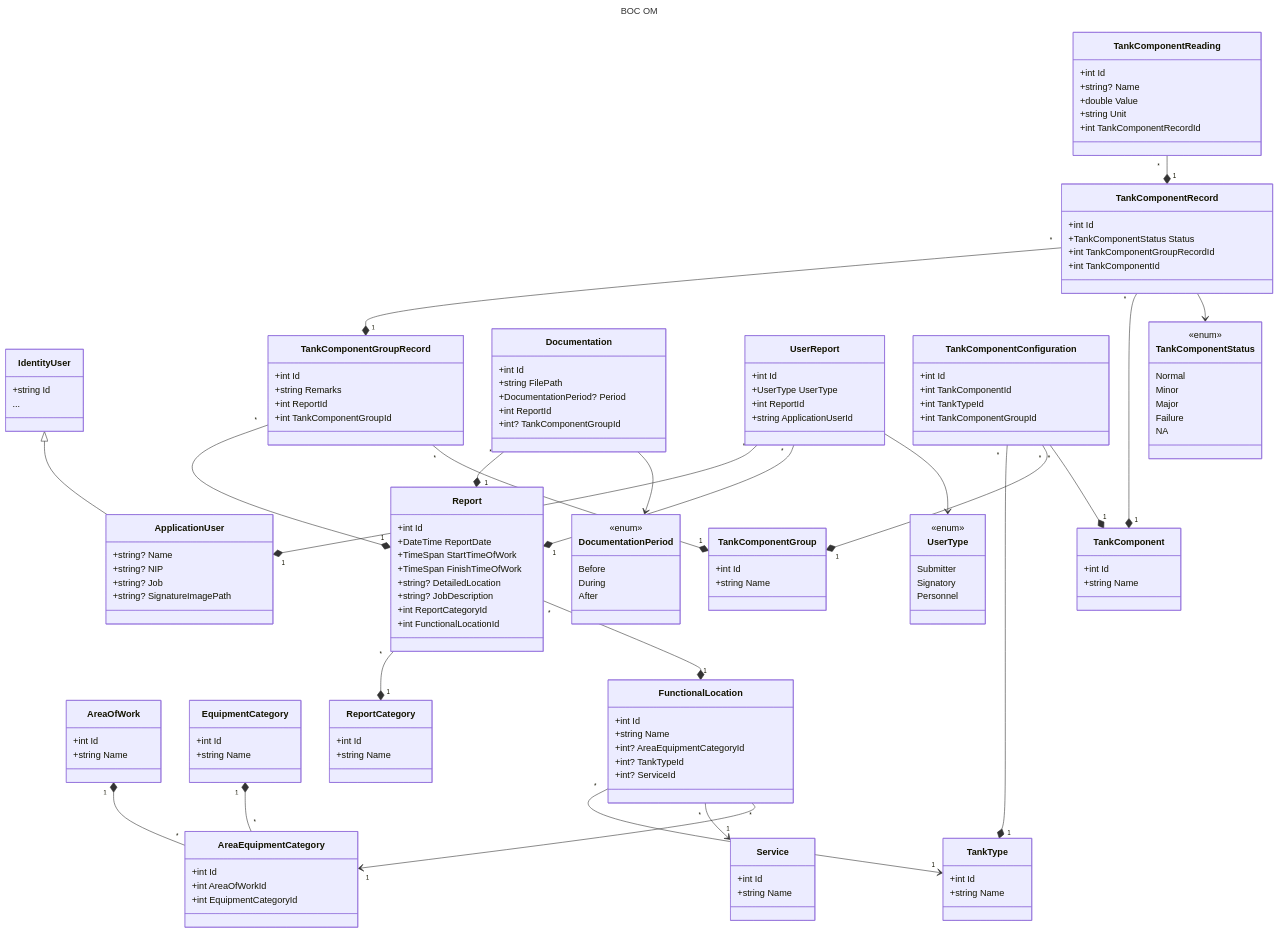
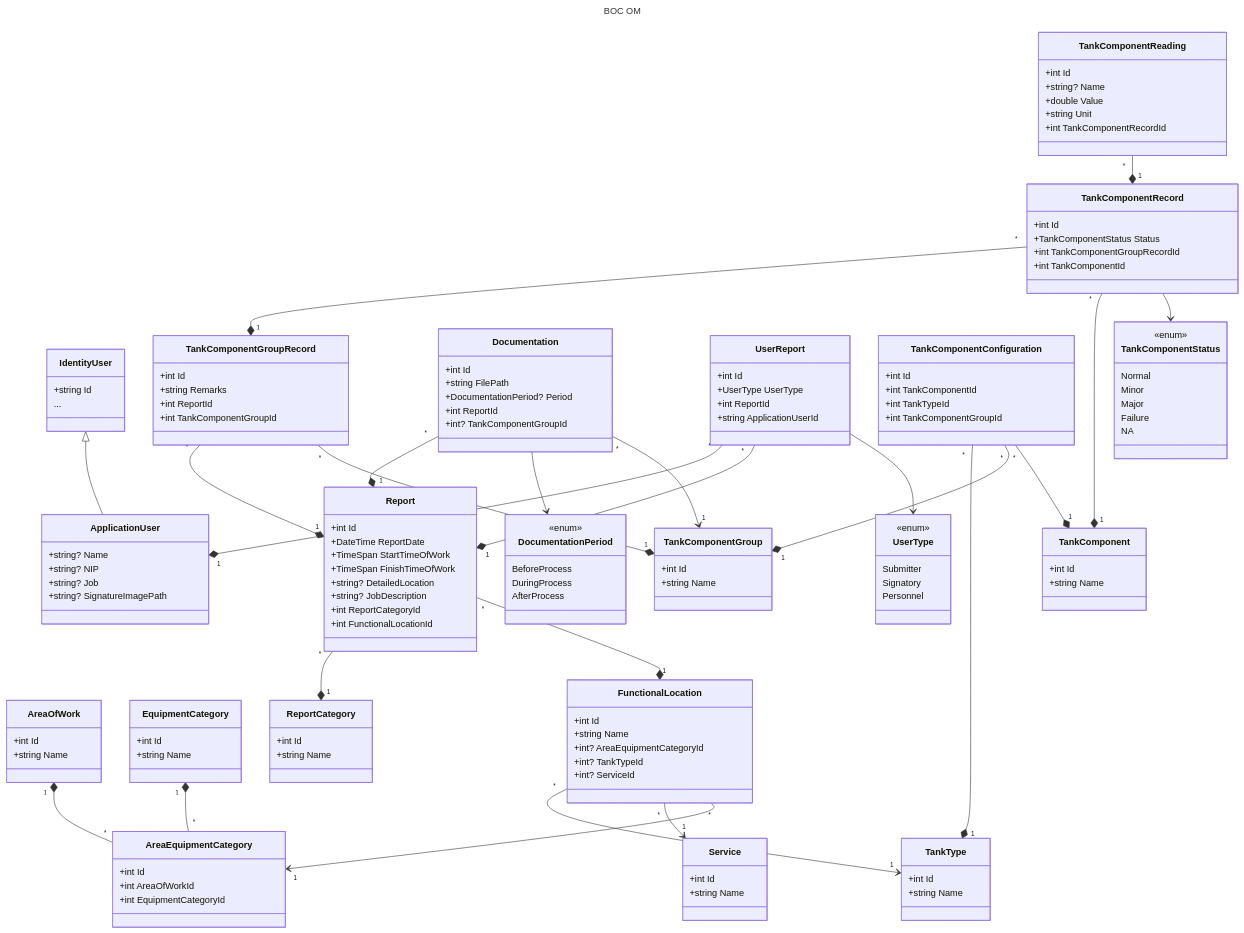
Before and after one commit to billdansr/kanban-boc-om: the fourth of 4 diagrams in Kanban/01-Requirements.md, drawn with Mermaid. The commit also changed other lines of this file and 3 other files, not shown here.

````diff
--- a/Kanban/01-Requirements.md
+++ b/Kanban/01-Requirements.md
@@ -496,11 +498,11 @@
 	    
 	    <<enum>>
 	    
-	    Before
+	    BeforeProcess
 	    
-	    During
+	    DuringProcess
 	    
-	    After
+	    AfterProcess
 	    
     }
 
@@ -633,4 +635,6 @@
     Documentation "*" --* "1" Report
     
     Documentation --> DocumentationPeriod
+    
+    Documentation "*" --> "1" TankComponentGroup
 ```
````
